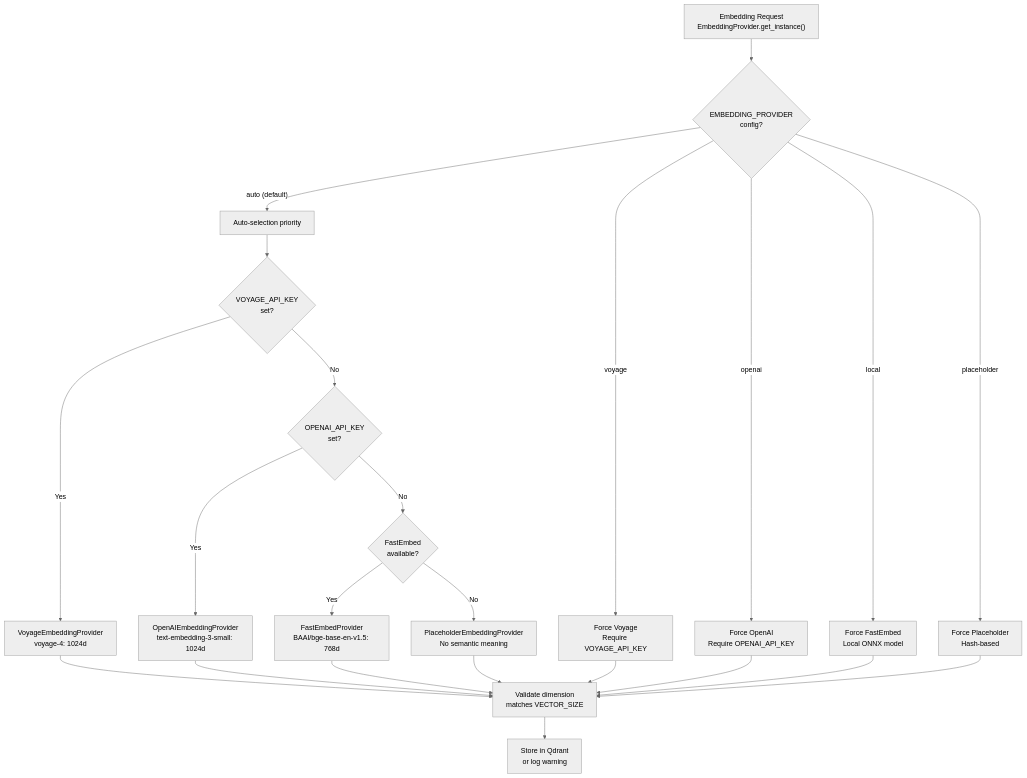
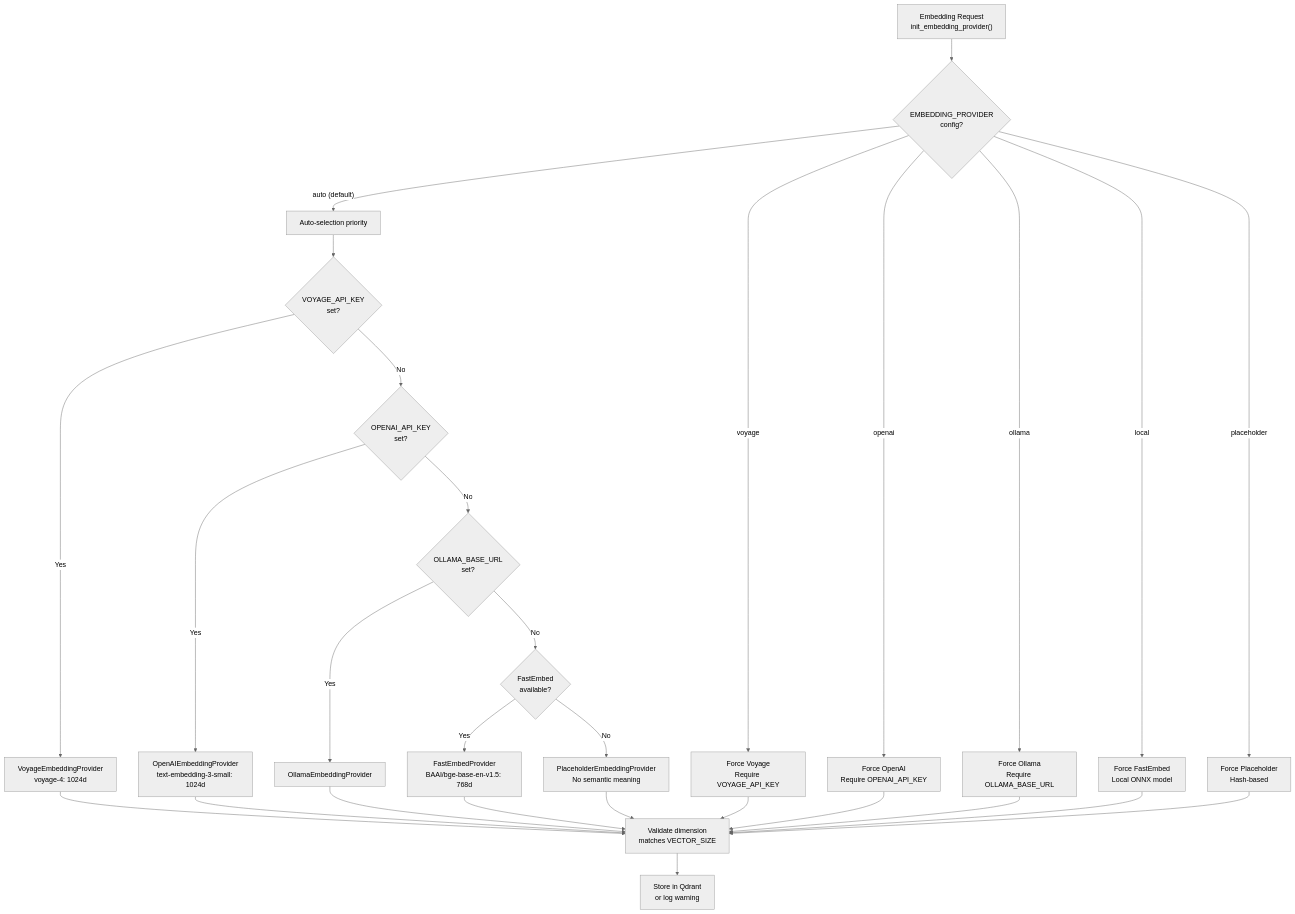
One commit to verygoodplugins/automem-website changed the sixth of 6 diagrams in src/content/docs/docs/operations/troubleshooting.md. Above: the diagram before and after it, drawn with Mermaid (neutral theme). The commit also changed other lines of this file, not shown here.

Commit message:
docs: fix drift in Troubleshooting
Several code references in operations/troubleshooting.md pointed at the
wrong file: app.py is now a thin bootstrap module, so the PORT/host
binding logic and the require_api_token auth check both moved to
automem/runtime_wiring.py and automem/api/auth_helpers.py respectively.
The LRU relationship-count cache is in the root consolidation.py, not
under automem/consolidation/. The embedding-provider flowchart also
referenced a nonexistent EmbeddingProvider.get_instance() function and
omitted the Ollama step from the auto-selection priority order.

Verified against: automem@3ae04bf6f4545f38744e4c3f280b763db881a6fb

🤖 Generated by the AutoMem docs-accuracy audit routine.

````diff
--- a/src/content/docs/docs/operations/troubleshooting.md
+++ b/src/content/docs/docs/operations/troubleshooting.md
@@ -403,34 +403,40 @@
 ```mermaid
 flowchart TD
-    Request["Embedding Request<br/>EmbeddingProvider.get_instance()"]
+    Request["Embedding Request<br/>init_embedding_provider()"]
 
     Request --> CheckConfig{"EMBEDDING_PROVIDER<br/>config?"}
 
     CheckConfig -->|"auto (default)"| Priority["Auto-selection priority"]
     CheckConfig -->|"voyage"| ForceVoyage["Force Voyage<br/>Require VOYAGE_API_KEY"]
     CheckConfig -->|"openai"| ForceOpenAI["Force OpenAI<br/>Require OPENAI_API_KEY"]
+    CheckConfig -->|"ollama"| ForceOllama["Force Ollama<br/>Require OLLAMA_BASE_URL"]
     CheckConfig -->|"local"| ForceLocal["Force FastEmbed<br/>Local ONNX model"]
     CheckConfig -->|"placeholder"| ForcePlaceholder["Force Placeholder<br/>Hash-based"]
 
     Priority --> Try1{"VOYAGE_API_KEY<br/>set?"}
     Try1 -->|Yes| Voyage["VoyageEmbeddingProvider<br/>voyage-4: 1024d"]
     Try1 -->|No| Try2{"OPENAI_API_KEY<br/>set?"}
 
     Try2 -->|Yes| OpenAI["OpenAIEmbeddingProvider<br/>text-embedding-3-small: 1024d"]
-    Try2 -->|No| Try3{"FastEmbed<br/>available?"}
+    Try2 -->|No| Try3{"OLLAMA_BASE_URL<br/>set?"}
 
-    Try3 -->|Yes| FastEmbed["FastEmbedProvider<br/>BAAI/bge-base-en-v1.5: 768d"]
-    Try3 -->|No| Placeholder["PlaceholderEmbeddingProvider<br/>No semantic meaning"]
+    Try3 -->|Yes| Ollama["OllamaEmbeddingProvider"]
+    Try3 -->|No| Try4{"FastEmbed<br/>available?"}
+
+    Try4 -->|Yes| FastEmbed["FastEmbedProvider<br/>BAAI/bge-base-en-v1.5: 768d"]
+    Try4 -->|No| Placeholder["PlaceholderEmbeddingProvider<br/>No semantic meaning"]
 
     Voyage --> Validate["Validate dimension<br/>matches VECTOR_SIZE"]
     OpenAI --> Validate
+    Ollama --> Validate
     FastEmbed --> Validate
     Placeholder --> Validate
 
     ForceVoyage --> Validate
     ForceOpenAI --> Validate
+    ForceOllama --> Validate
     ForceLocal --> Validate
     ForcePlaceholder --> Validate
 
     Validate --> Store["Store in Qdrant<br/>or log warning"]
 ```
````
